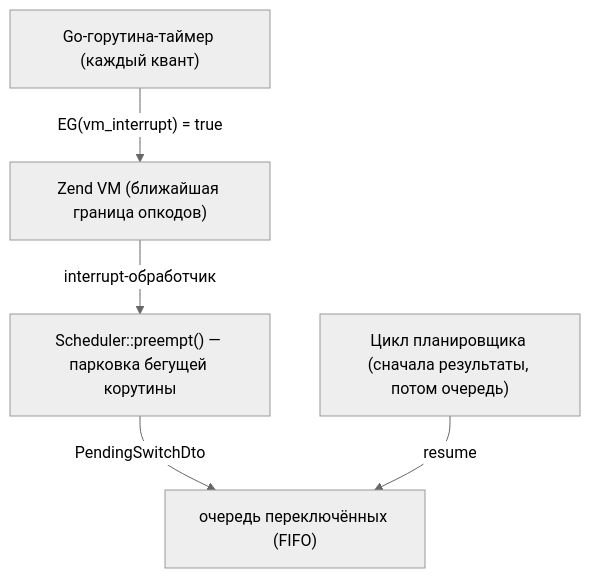
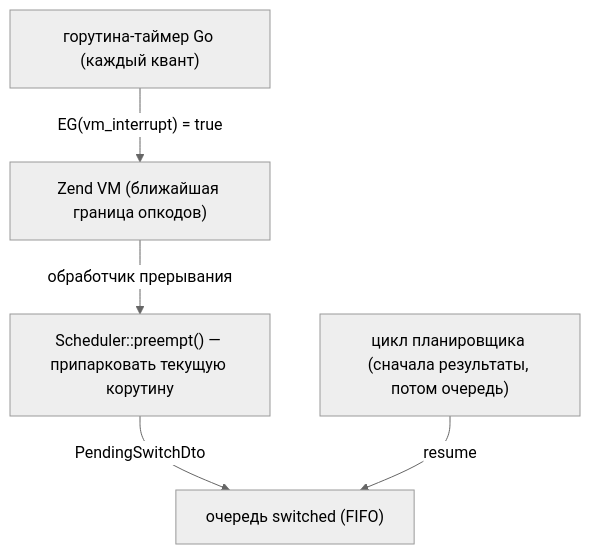
The diagram in docs/coroutine-switching.ru.md (sprust/sconcur), drawn with Mermaid (neutral theme) before and after one commit. The commit also changed other lines of this file and 42 other files, not shown here.

````diff
--- a/docs/coroutine-switching.ru.md
+++ b/docs/coroutine-switching.ru.md
@@ -111,7 +71,7 @@
 ```mermaid
 flowchart TB
-    Timer["Go-горутина-таймер (каждый квант)"] -->|"EG(vm_interrupt) = true"| Engine["Zend VM (ближайшая граница опкодов)"]
-    Engine -->|"interrupt-обработчик"| Preempt["Scheduler::preempt() — парковка бегущей корутины"]
-    Preempt -->|"PendingSwitchDto"| Queue["очередь переключённых (FIFO)"]
-    Scheduler["Цикл планировщика (сначала результаты, потом очередь)"] -->|"resume"| Queue
+    Timer["горутина-таймер Go (каждый квант)"] -->|"EG(vm_interrupt) = true"| Engine["Zend VM (ближайшая граница опкодов)"]
+    Engine -->|"обработчик прерывания"| Preempt["Scheduler::preempt() — припарковать текущую корутину"]
+    Preempt -->|"PendingSwitchDto"| Queue["очередь switched (FIFO)"]
+    Scheduler["цикл планировщика (сначала результаты, потом очередь)"] -->|"resume"| Queue
 ```
````
